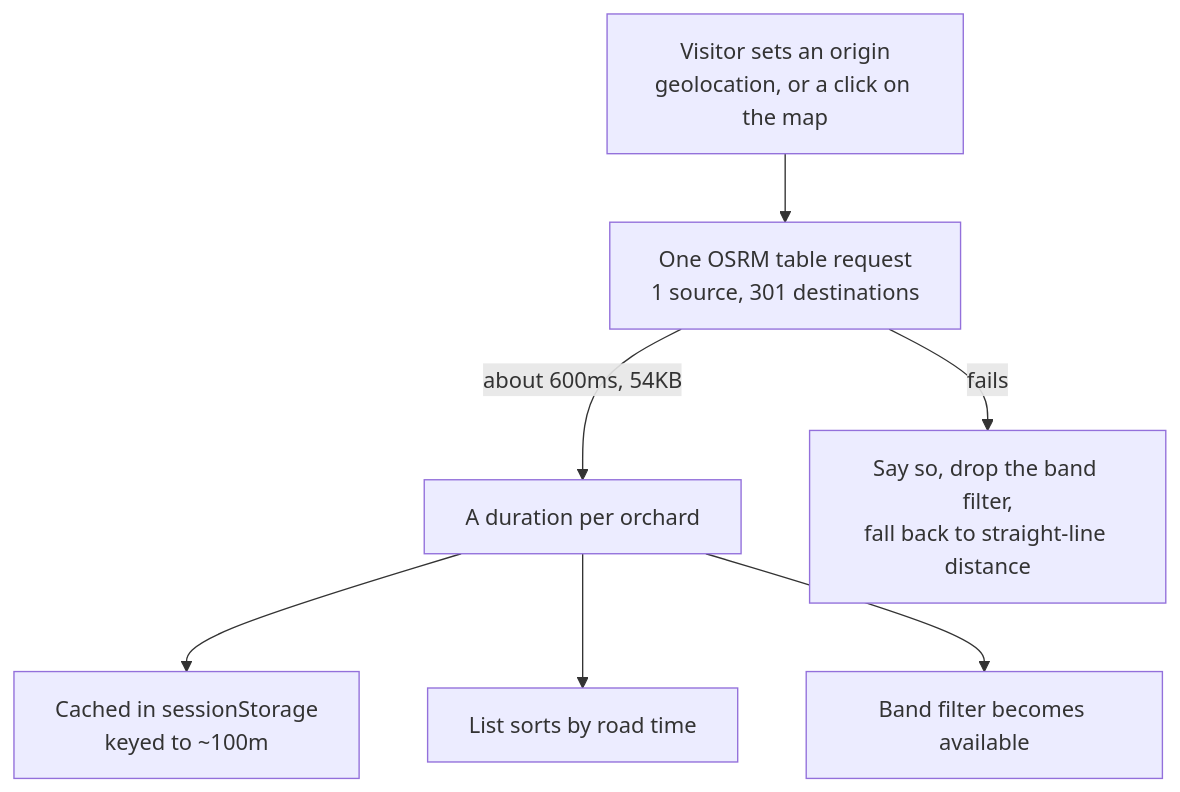
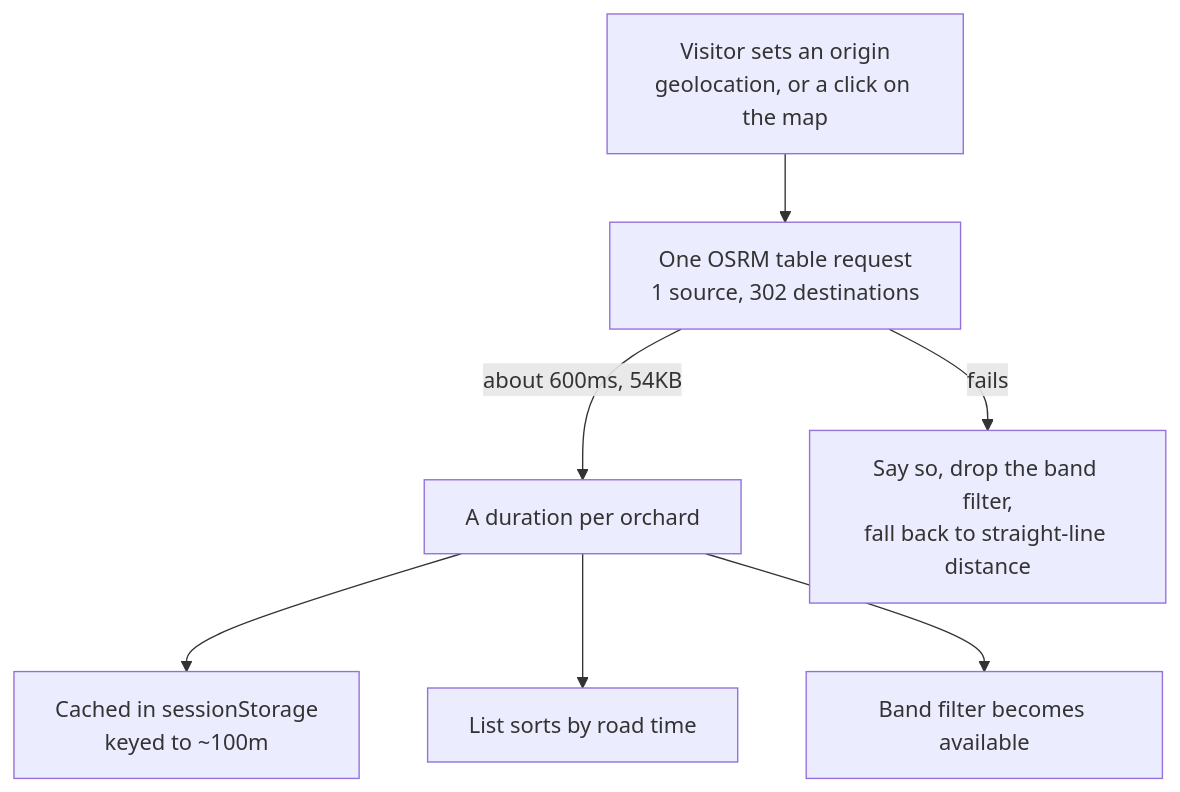
Before and after one commit to minormending/orchard-map: the third of 5 diagrams in docs/frontend.md, drawn with Mermaid. The commit also changed other lines of this file and 3 other files, not shown here.

````diff
--- a/docs/frontend.md
+++ b/docs/frontend.md
@@ -99,9 +99,9 @@
 ```mermaid
 flowchart TD
-    SET["Visitor sets an origin<br/>geolocation, or a click on the map"] --> REQ["One OSRM table request<br/>1 source, 301 destinations"]
+    SET["Visitor sets an origin<br/>geolocation, or a click on the map"] --> REQ["One OSRM table request<br/>1 source, 302 destinations"]
     REQ -->|"about 600ms, 54KB"| TIMES["A duration per orchard"]
     TIMES --> CACHE["Cached in sessionStorage<br/>keyed to ~100m"]
     TIMES --> SORT["List sorts by road time"]
     TIMES --> BAND["Band filter becomes available"]
     REQ -->|"fails"| FALL["Say so, drop the band filter,<br/>fall back to straight-line distance"]
 ```
````
